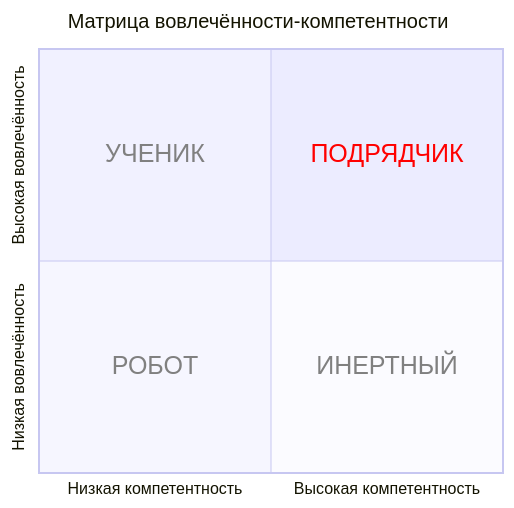
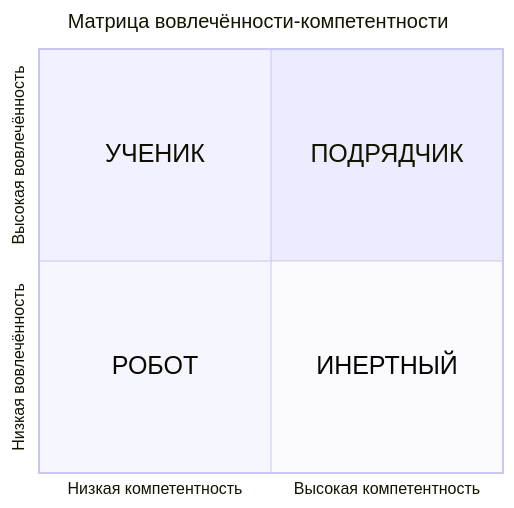
One commit to oinsio/teamlead-handbook changed the diagram in docs/Построение-отношений/Как-подобрать-правильный-стиль-управления.md. Above: the diagram before and after it, drawn with Mermaid. The commit also changed other lines of this file and 3 other files, not shown here.

Commit message:
revert changes for mermaid

````diff
--- a/docs/Построение-отношений/Как-подобрать-правильный-стиль-управления.md
+++ b/docs/Построение-отношений/Как-подобрать-правильный-стиль-управления.md
@@ -6,11 +6,11 @@
 ```mermaid
-%%{init: {"quadrantChart": {"quadrantLabelFontSize": 25, "xAxisPosition": 'bottom'}, "themeVariables": {"quadrant1TextFill": "#ff0000", "quadrant2TextFill": "#808080", "quadrant3TextFill": "#808080", "quadrant4TextFill": "#808080"} }}%%
+%%{init: {"quadrantChart": {"quadrantLabelFontSize": 25, "xAxisPosition": 'bottom'}, "themeVariables": {} }}%%
 quadrantChart
   title Матрица вовлечённости-компетентности
   x-axis "Низкая компетентность" --> "Высокая компетентность"
   y-axis "Низкая вовлечённость" --> "Высокая вовлечённость"
   quadrant-1 "ПОДРЯДЧИК"
   quadrant-2 "УЧЕНИК"
   quadrant-3 "РОБОТ"
   quadrant-4 "ИНЕРТНЫЙ"
 ```
````
